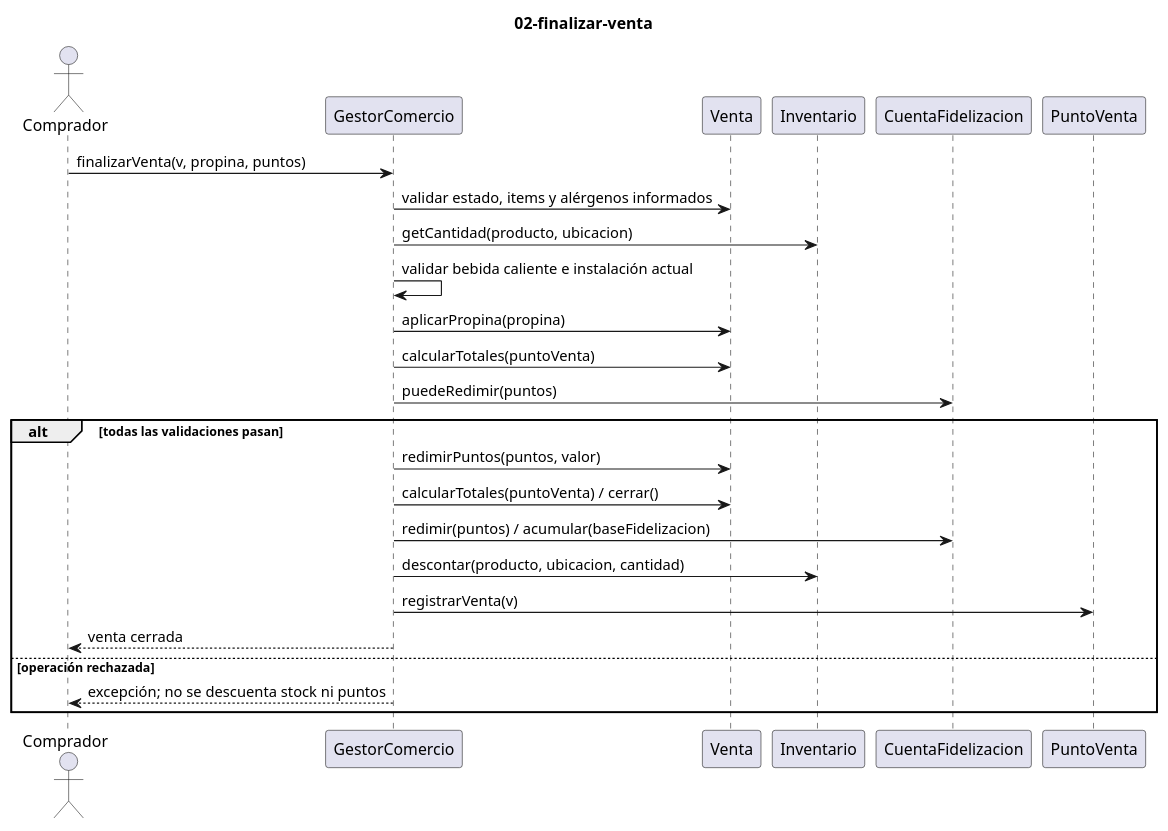
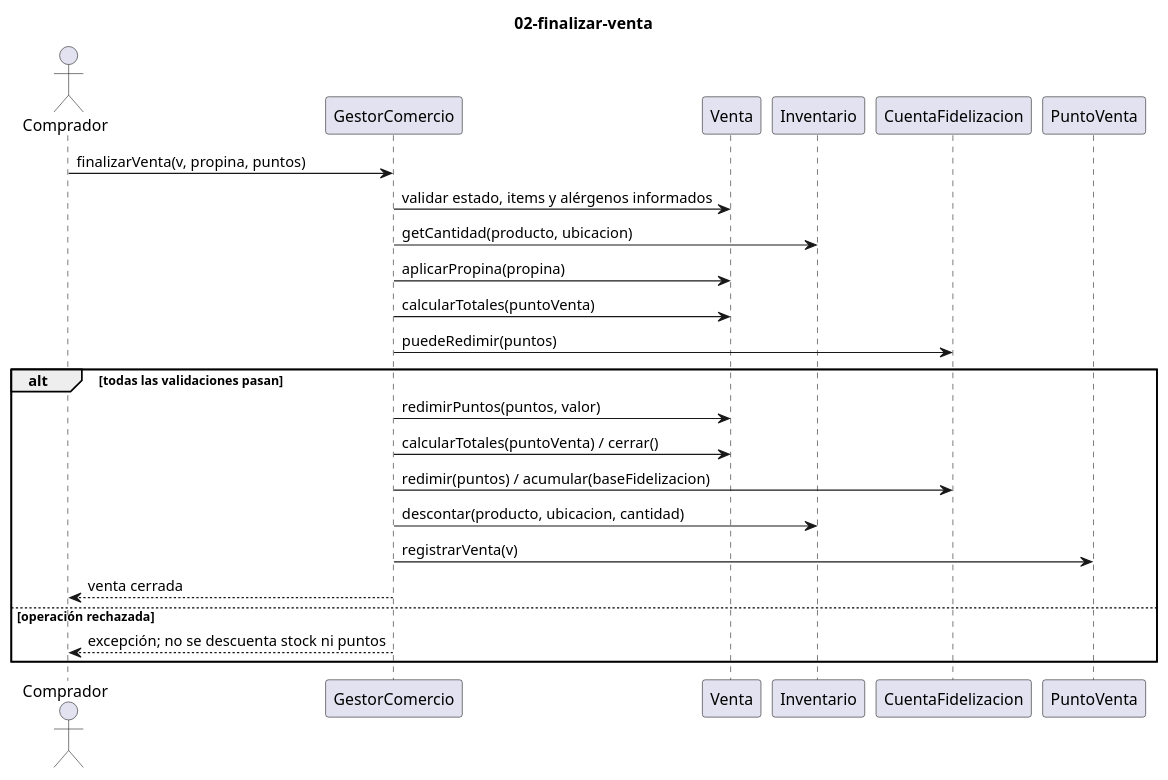
One commit to scasta06/Proyecto-1 changed the diagram in Proyecto 1/Entrega 2/documentacion/diagramas/secuencia-02-finalizar-venta.puml. Above: the diagram before and after it, drawn with PlantUML. The commit also changed 73 other files, not shown here.

```diff
--- a/Proyecto 1/Entrega 2/documentacion/diagramas/secuencia-02-finalizar-venta.puml
+++ b/Proyecto 1/Entrega 2/documentacion/diagramas/secuencia-02-finalizar-venta.puml
@@ -1,26 +1,25 @@
 @startuml
 title 02-finalizar-venta
 actor Comprador
 participant GestorComercio as G
 participant Venta as V
 participant Inventario as I
 participant CuentaFidelizacion as C
 participant PuntoVenta as P
 Comprador -> G: finalizarVenta(v, propina, puntos)
 G -> V: validar estado, items y alérgenos informados
 G -> I: getCantidad(producto, ubicacion)
-G -> G: validar bebida caliente e instalación actual
 G -> V: aplicarPropina(propina)
 G -> V: calcularTotales(puntoVenta)
 G -> C: puedeRedimir(puntos)
 alt todas las validaciones pasan
 G -> V: redimirPuntos(puntos, valor)
 G -> V: calcularTotales(puntoVenta) / cerrar()
 G -> C: redimir(puntos) / acumular(baseFidelizacion)
 G -> I: descontar(producto, ubicacion, cantidad)
 G -> P: registrarVenta(v)
 G --> Comprador: venta cerrada
 else operación rechazada
 G --> Comprador: excepción; no se descuenta stock ni puntos
 end
 @enduml
```
